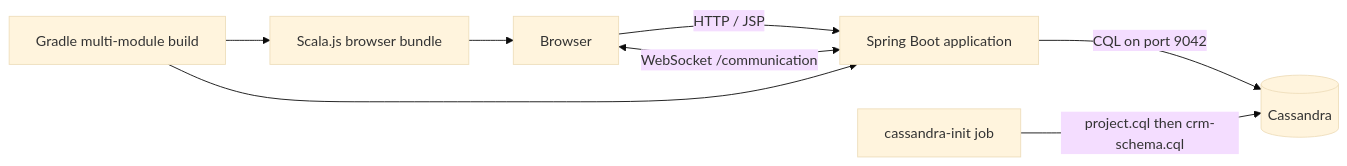
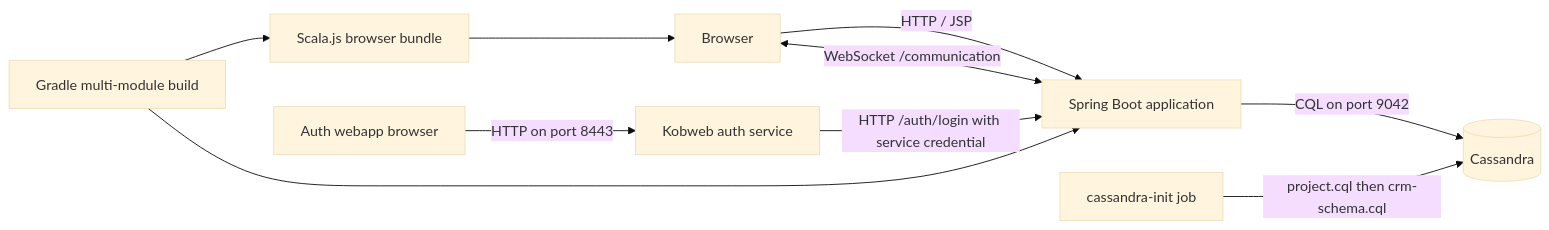
One commit to dawsonjc/djc-crm changed the diagram in README.md. Above: the diagram before and after it, drawn with Mermaid (base theme). The commit also changed other lines of this file and 6 other files, not shown here.

````diff
--- a/README.md
+++ b/README.md
@@ -111,10 +113,12 @@
 ```mermaid
 flowchart LR
     Browser[Browser] -->|HTTP / JSP| App[Spring Boot application]
     Browser <-->|WebSocket /communication| App
+    AuthBrowser[Auth webapp browser] -->|HTTP on port 8443| Auth[Kobweb auth service]
+    Auth -->|HTTP /auth/login with service credential| App
     Scala[Scala.js browser bundle] --> Browser
     App -->|CQL on port 9042| Cassandra[(Cassandra)]
     Init[cassandra-init job] -->|project.cql then crm-schema.cql| Cassandra
     Gradle[Gradle multi-module build] --> Scala
     Gradle --> App
 ```
````
